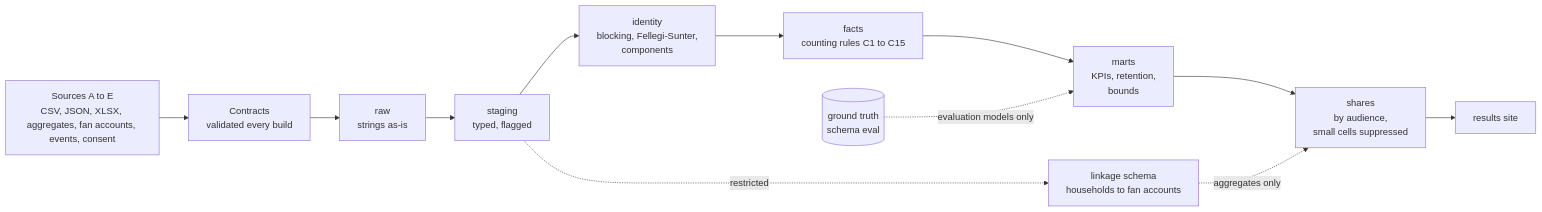
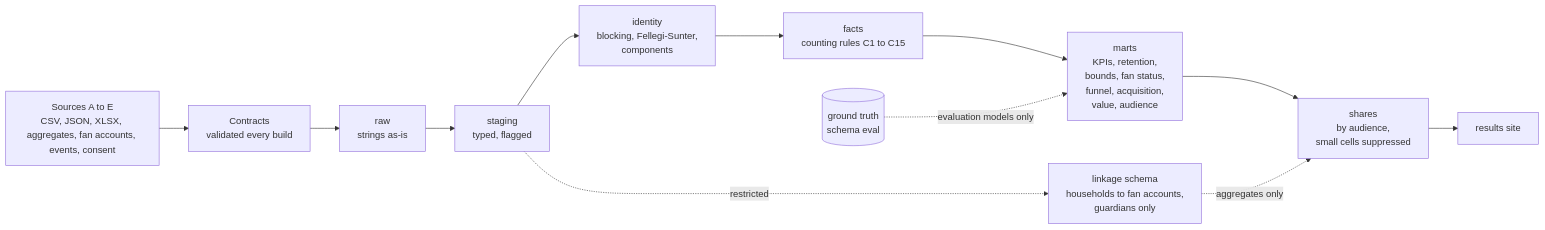
One commit to anna-malakhova-anna/football-project-next-gen changed the diagram in README.md. Above: the diagram before and after it, drawn with Mermaid. The commit also changed other lines of this file, not shown here.

Commit message:
README: v2.0 status, diagram, principles, run notes

````diff
--- a/README.md
+++ b/README.md
@@ -17,14 +19,14 @@
 ```mermaid
 flowchart LR
   S[Sources A to E<br/>CSV, JSON, XLSX, aggregates, fan accounts, events, consent] --> K[Contracts<br/>validated every build]
   K --> R[raw<br/>strings as-is]
   R --> ST[staging<br/>typed, flagged]
   ST --> I[identity<br/>blocking, Fellegi-Sunter,<br/>components]
   I --> F[facts<br/>counting rules C1 to C15]
-  F --> M[marts<br/>KPIs, retention,<br/>bounds]
+  F --> M[marts<br/>KPIs, retention,<br/>bounds, fan status,<br/>funnel, acquisition,<br/>value, audience]
   M --> SH[shares<br/>by audience,<br/>small cells suppressed]
   SH --> W[results site]
-  ST -.restricted.-> L[linkage schema<br/>households to fan accounts]
+  ST -.restricted.-> L[linkage schema<br/>households to fan accounts,<br/>guardians only]
   L -.aggregates only.-> SH
   G[(ground truth<br/>schema eval)] -.evaluation models only.-> M
 ```
````
